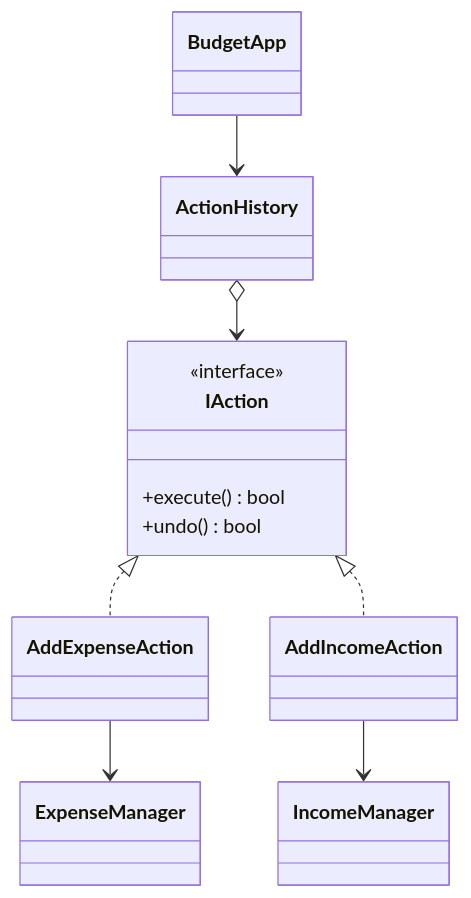
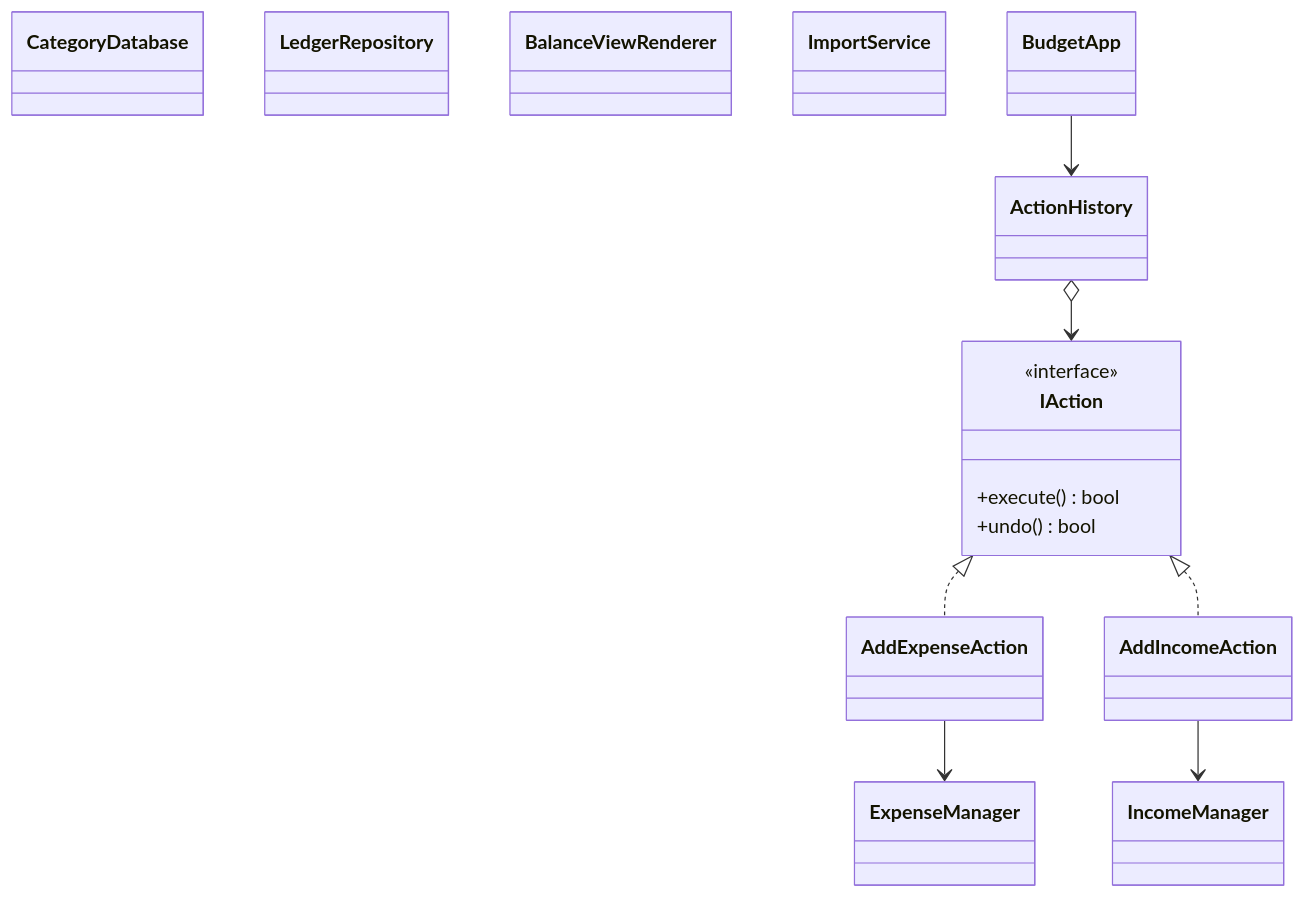
The tenth of 14 diagrams in kindle/design-patterns/output/chapter05.md (kumachan1101-pixel/DesignPattern), drawn with Mermaid before and after one commit. The commit also changed other lines of this file and 19 other files, not shown here.

````diff
--- a/kindle/design-patterns/output/chapter05.md
+++ b/kindle/design-patterns/output/chapter05.md
@@ -1879,20 +1686,24 @@
 ```mermaid
 classDiagram
+    class CategoryDatabase
+    class LedgerRepository
+    class BalanceViewRenderer
+    class ImportService
     class IAction {
         <<interface>>
         +execute() bool
         +undo() bool
     }
     class AddExpenseAction
     class AddIncomeAction
     class ActionHistory
     class BudgetApp
     class ExpenseManager
     class IncomeManager
     IAction <|.. AddExpenseAction
     IAction <|.. AddIncomeAction
     ActionHistory o--> IAction
     BudgetApp --> ActionHistory
     AddExpenseAction --> ExpenseManager
     AddIncomeAction --> IncomeManager
 ```
````
